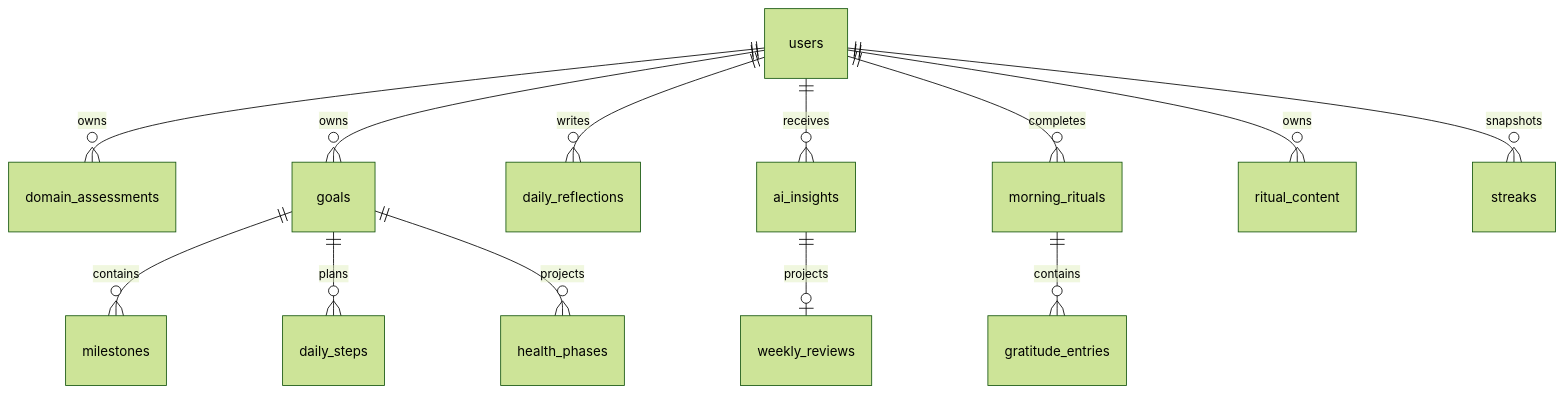
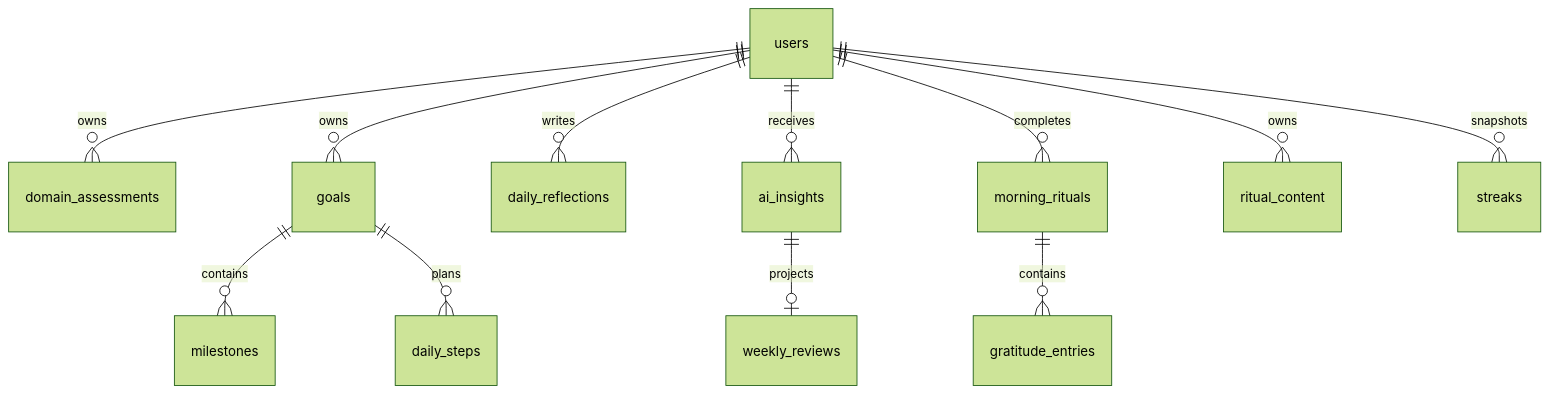
Before and after one commit to shahf14/robbins: the diagram in docs/database-architecture-audit.md, drawn with Mermaid (forest theme). The commit also changed other lines of this file and 54 other files, not shown here.

````diff
--- a/docs/database-architecture-audit.md
+++ b/docs/database-architecture-audit.md
@@ -16,15 +16,14 @@
 ```mermaid
 erDiagram
   users ||--o{ domain_assessments : owns
   users ||--o{ goals : owns
   goals ||--o{ milestones : contains
   goals ||--o{ daily_steps : plans
-  goals ||--o{ health_phases : projects
   users ||--o{ daily_reflections : writes
   users ||--o{ ai_insights : receives
   ai_insights ||--o| weekly_reviews : projects
   users ||--o{ morning_rituals : completes
   morning_rituals ||--o{ gratitude_entries : contains
   users ||--o{ ritual_content : owns
   users ||--o{ streaks : snapshots
 ```
````
